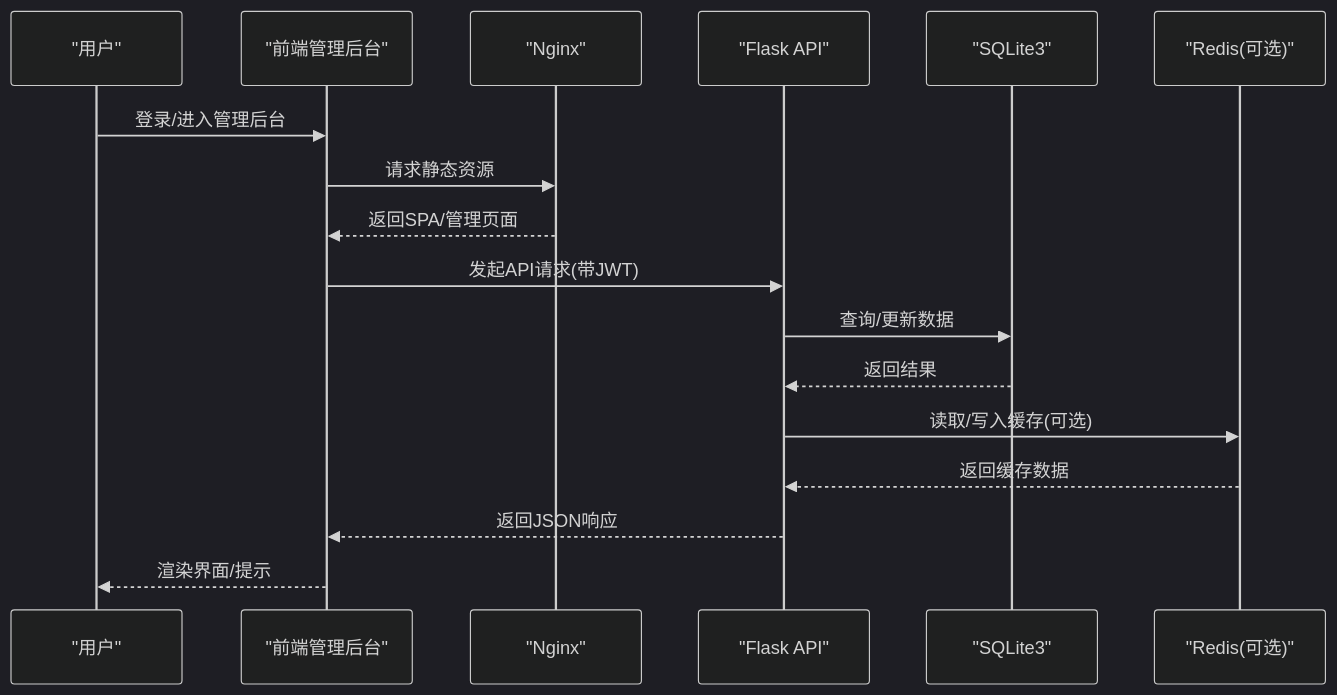
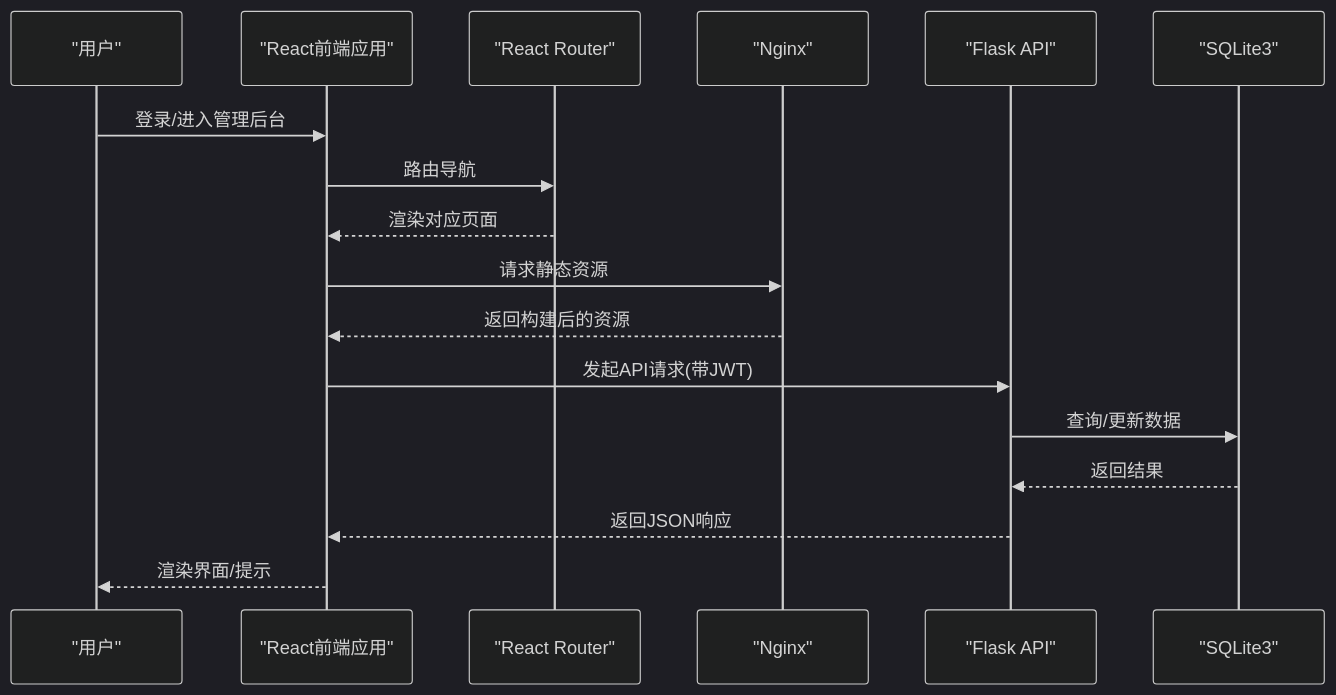
The third of 6 diagrams in .qoder/repowiki/zh/content/技术架构设计/技术架构设计.md (wyg5208/website_diy), drawn with Mermaid (dark theme) before and after one commit. The commit also changed other lines of this file and 43 other files, not shown here.

````diff
--- a/.qoder/repowiki/zh/content/技术架构设计/技术架构设计.md
+++ b/.qoder/repowiki/zh/content/技术架构设计/技术架构设计.md
@@ -129,19 +163,19 @@
 ```mermaid
 sequenceDiagram
 participant U as "用户"
-participant FE as "前端管理后台"
+participant FE as "React前端应用"
+participant RT as "React Router"
 participant NG as "Nginx"
 participant API as "Flask API"
 participant DB as "SQLite3"
-participant RC as "Redis(可选)"
 U->>FE : 登录/进入管理后台
+FE->>RT : 路由导航
+RT-->>FE : 渲染对应页面
 FE->>NG : 请求静态资源
-NG-->>FE : 返回SPA/管理页面
+NG-->>FE : 返回构建后的资源
 FE->>API : 发起API请求(带JWT)
 API->>DB : 查询/更新数据
 DB-->>API : 返回结果
-API->>RC : 读取/写入缓存(可选)
-RC-->>API : 返回缓存数据
 API-->>FE : 返回JSON响应
 FE-->>U : 渲染界面/提示
 ```
````
